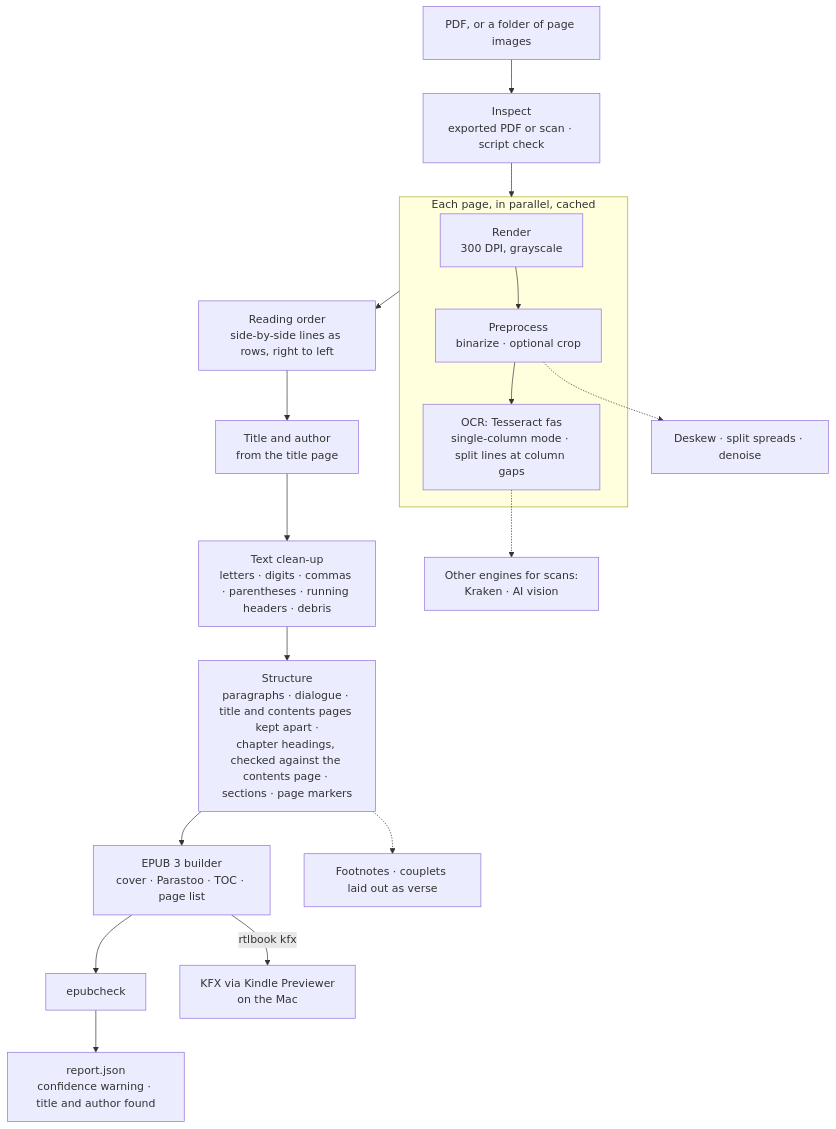
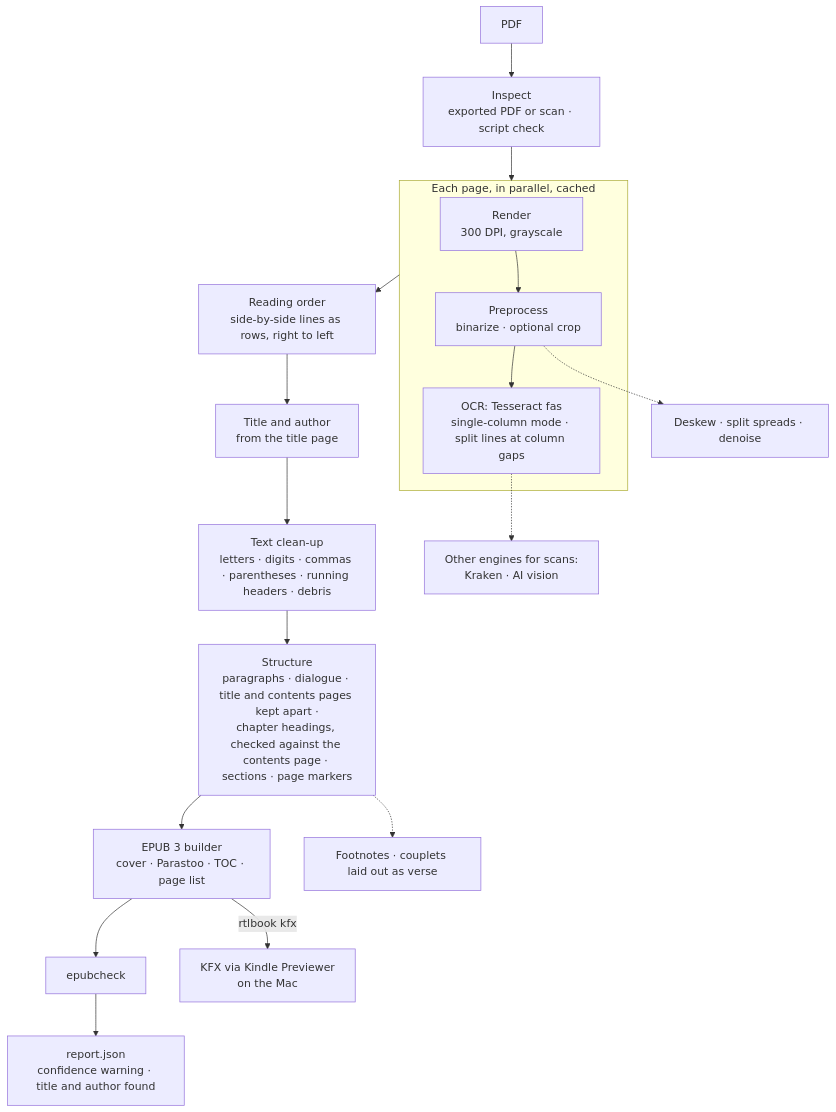
Before and after one commit to ardeshirj/rtlbook: the diagram in DESIGN.md, drawn with Mermaid. The commit also changed other lines of this file and 5 other files, not shown here.

````diff
--- a/DESIGN.md
+++ b/DESIGN.md
@@ -54,20 +54,20 @@
 ```mermaid
 flowchart TD
-    A[PDF, or a folder of page images] --> B[Inspect<br/>exported PDF or scan · script check]
+    A[PDF] --> B[Inspect<br/>exported PDF or scan · script check]
     B --> P
     subgraph P [Each page, in parallel, cached]
         C[Render<br/>300 DPI, grayscale] --> D[Preprocess<br/>binarize · optional crop]
         D --> E[OCR: Tesseract fas<br/>single-column mode · split lines at column gaps]
     end
     P --> F[Reading order<br/>side-by-side lines as rows, right to left]
     F --> G[Title and author<br/>from the title page]
     G --> H[Text clean-up<br/>letters · digits · commas · parentheses · running headers · debris]
     H --> I[Structure<br/>paragraphs · dialogue · title and contents pages kept apart ·<br/>chapter headings, checked against the contents page · sections · page markers]
     I --> J[EPUB 3 builder<br/>cover · Parastoo · TOC · page list]
     J --> K[epubcheck]
     K --> R[report.json<br/>confidence warning · title and author found]
     J -->|rtlbook kfx| L[KFX via Kindle Previewer<br/>on the Mac]
     D -.-> D2[Deskew · split spreads · denoise]
     E -.-> E2[Other engines for scans:<br/>Kraken · AI vision]
     I -.-> I2[Footnotes · couplets laid out as verse]
 ```
````
